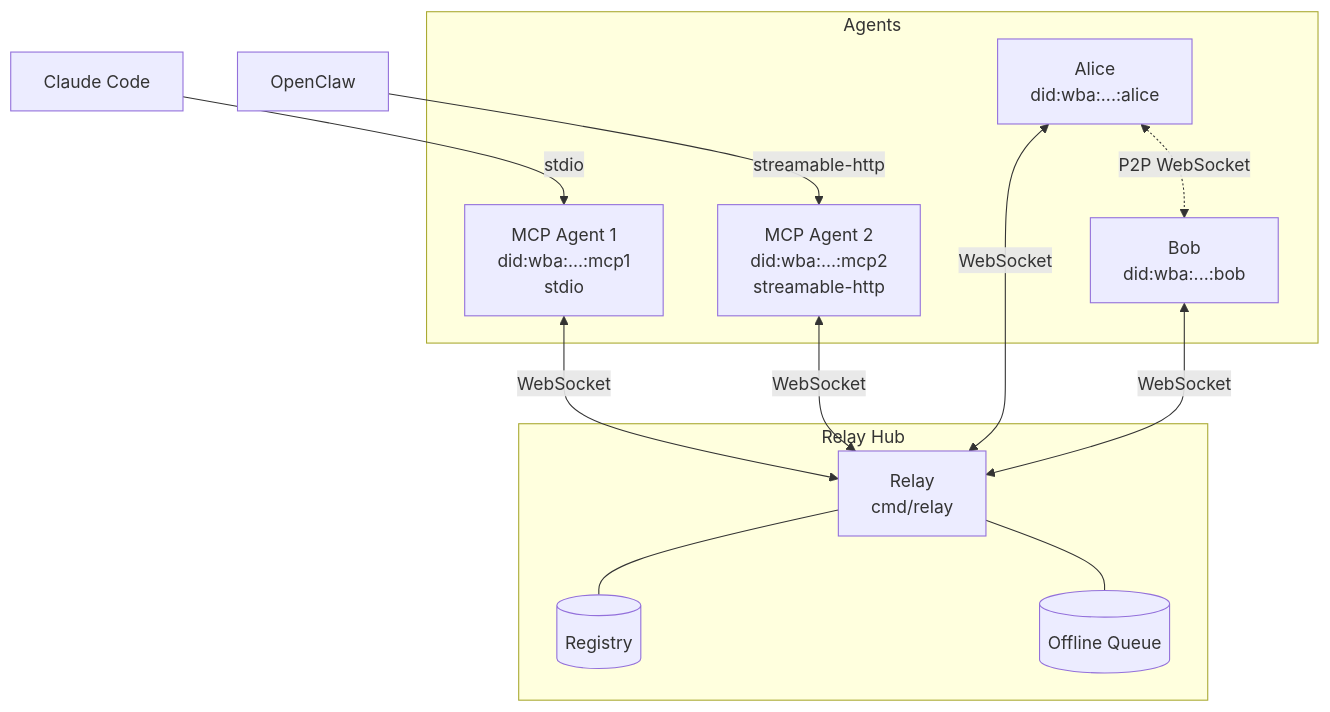
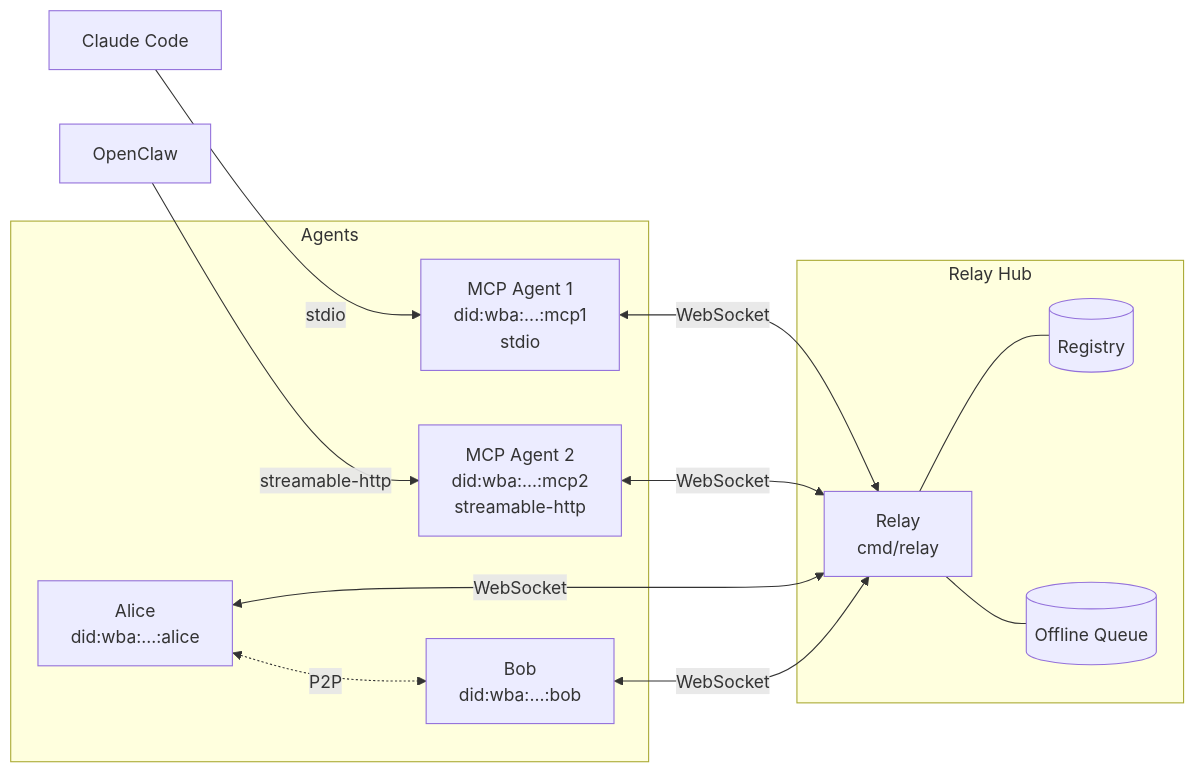
One commit to gianlucamazza/msg2agent changed the diagram in README.md. Above: the diagram before and after it, drawn with Mermaid.

Commit message:
docs: switch architecture diagram to horizontal LR layout

````diff
--- a/README.md
+++ b/README.md
@@ -16,26 +16,22 @@
 ```mermaid
-flowchart TB
+flowchart LR
     subgraph Relay Hub
         R[Relay<br/>cmd/relay]
         REG[(Registry)]
         Q[(Offline Queue)]
         R --- REG
         R --- Q
     end
 
     subgraph Agents
         A[Alice<br/>did:wba:...:alice]
         B[Bob<br/>did:wba:...:bob]
         MCP1[MCP Agent 1<br/>did:wba:...:mcp1<br/>stdio]
         MCP2[MCP Agent 2<br/>did:wba:...:mcp2<br/>streamable-http]
     end
 
     CC[Claude Code] -->|stdio| MCP1
     OC[OpenClaw] -->|streamable-http| MCP2
-
-    MCP1 <-->|WebSocket| R
-    MCP2 <-->|WebSocket| R
-    A <-->|WebSocket| R
-    B <-->|WebSocket| R
-    A <-.->|P2P WebSocket| B
+    MCP1 & MCP2 & A & B <-->|WebSocket| R
+    A <-.->|P2P| B
 ```
````
